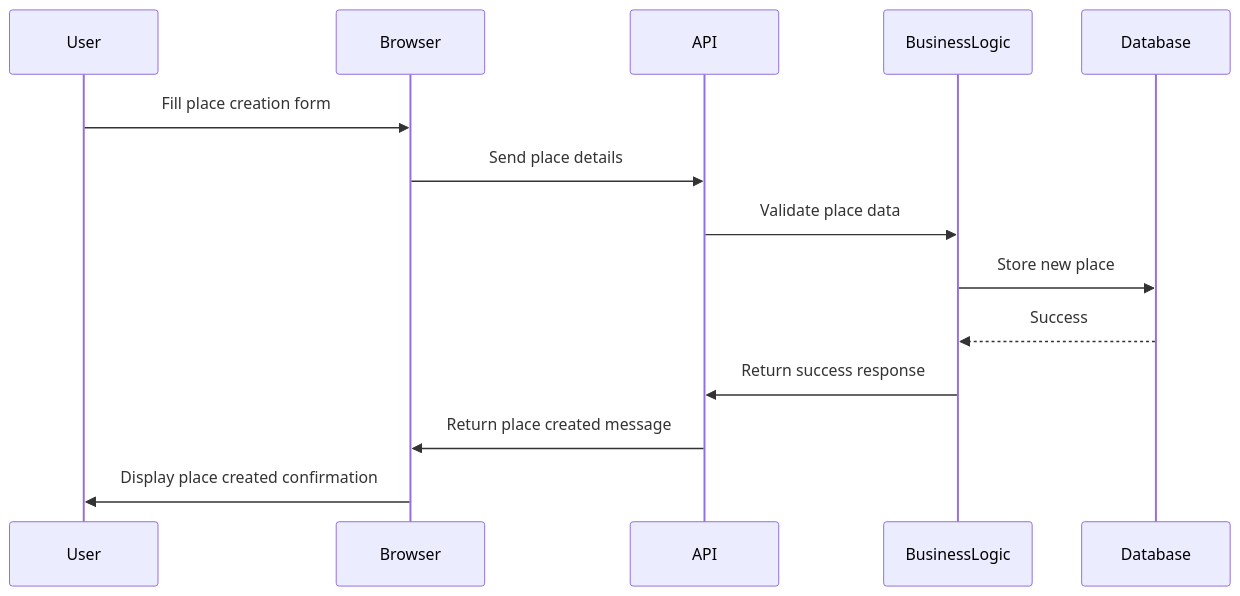
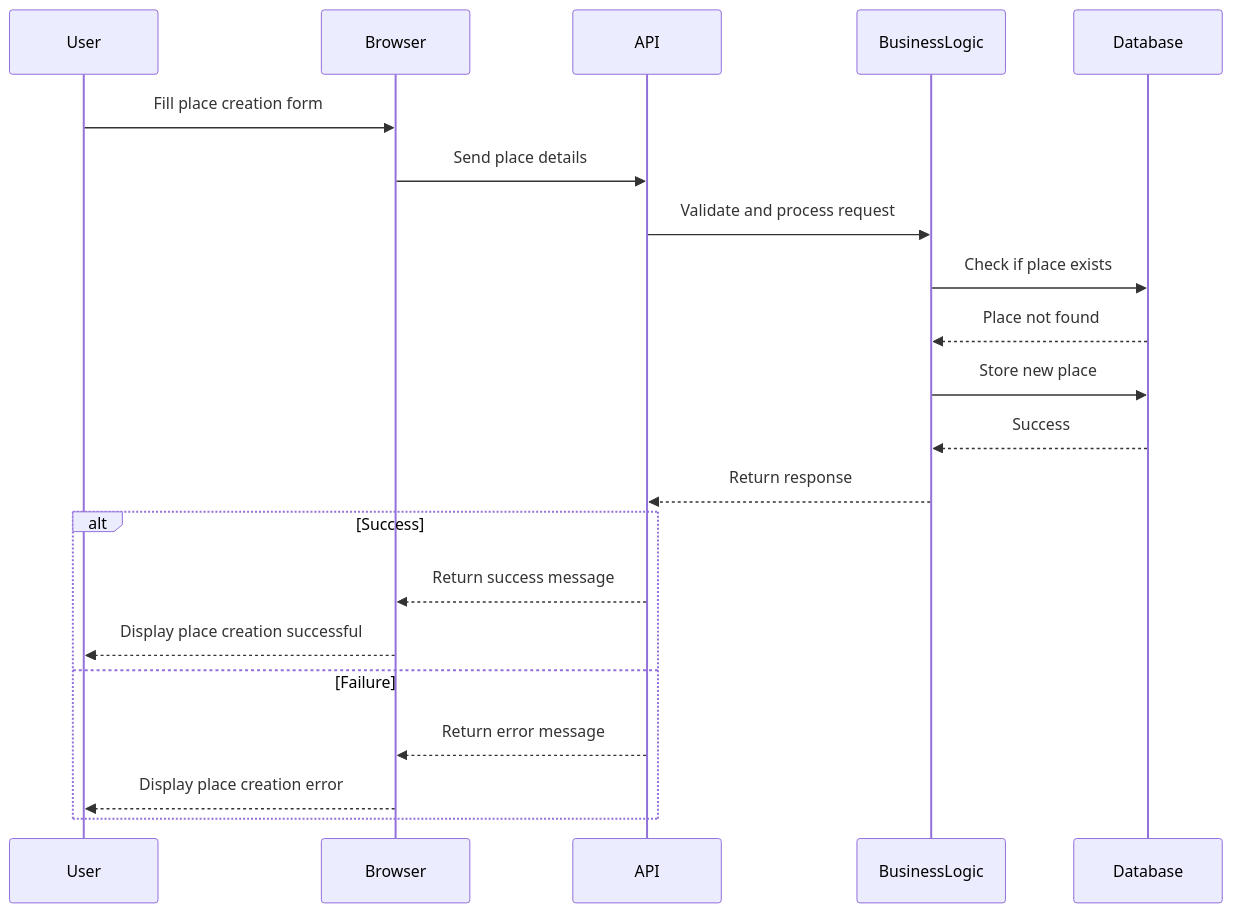
Before and after one commit to MaKSiiMe/holbertonschool-hbnb: the diagram in HBnB-UML/sequence_diagram_for_place_creation.md, drawn with Mermaid. The commit also changed 4 other files, not shown here.

Commit message:
failure condition + return

````diff
--- a/HBnB-UML/sequence_diagram_for_place_creation.md
+++ b/HBnB-UML/sequence_diagram_for_place_creation.md
@@ -1,19 +1,26 @@
 ```mermaid
 sequenceDiagram
     participant User
     participant Browser
     participant API
     participant BusinessLogic
     participant Database
 
     # Place Creation: A user creates a new place listing.
 
     User->>Browser: Fill place creation form
     Browser->>API: Send place details
-    API->>BusinessLogic: Validate place data
+    API->>BusinessLogic: Validate and process request
+    BusinessLogic->>Database: Check if place exists
+    Database-->>BusinessLogic: Place not found
     BusinessLogic->>Database: Store new place
     Database-->>BusinessLogic: Success
-    BusinessLogic->>API: Return success response
-    API->>Browser: Return place created message
-    Browser->>User: Display place created confirmation
+    BusinessLogic-->>API: Return response
+    alt Success
+        API-->>Browser: Return success message
+        Browser-->>User: Display place creation successful
+    else Failure
+        API-->>Browser: Return error message
+        Browser-->>User: Display place creation error
+    end
 ```
````
